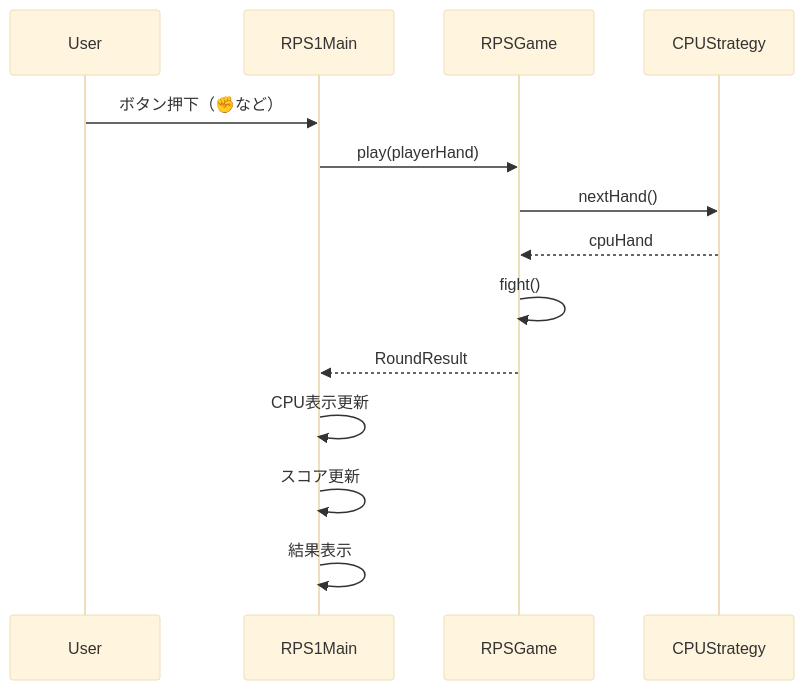
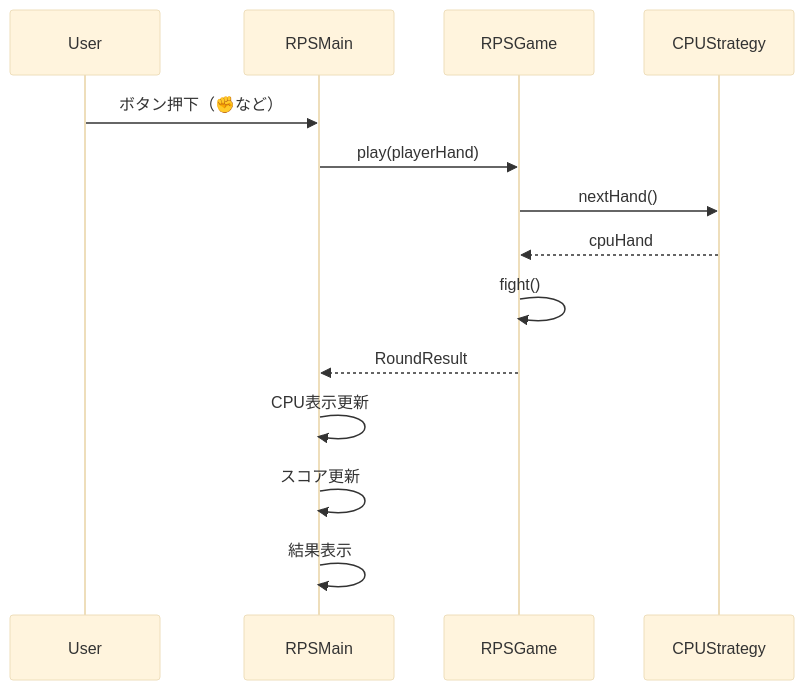
The second of 2 diagrams in README.md (mkunori/RPS1Go), drawn with Mermaid (base theme) before and after one commit. The commit also changed other lines of this file and 1 other file, not shown here.

````diff
--- a/README.md
+++ b/README.md
@@ -73,21 +73,21 @@
 ```mermaid
 sequenceDiagram
 
 participant User
-participant UI as RPS1Main
+participant UI as RPSMain
 participant Game as RPSGame
 participant Strategy as CPUStrategy
 
 User->>UI: ボタン押下（✊など）
 UI->>Game: play(playerHand)
 
 Game->>Strategy: nextHand()
 Strategy-->>Game: cpuHand
 
 Game->>Game: fight()
 Game-->>UI: RoundResult
 
 UI->>UI: CPU表示更新
 UI->>UI: スコア更新
 UI->>UI: 結果表示
 ```
````
